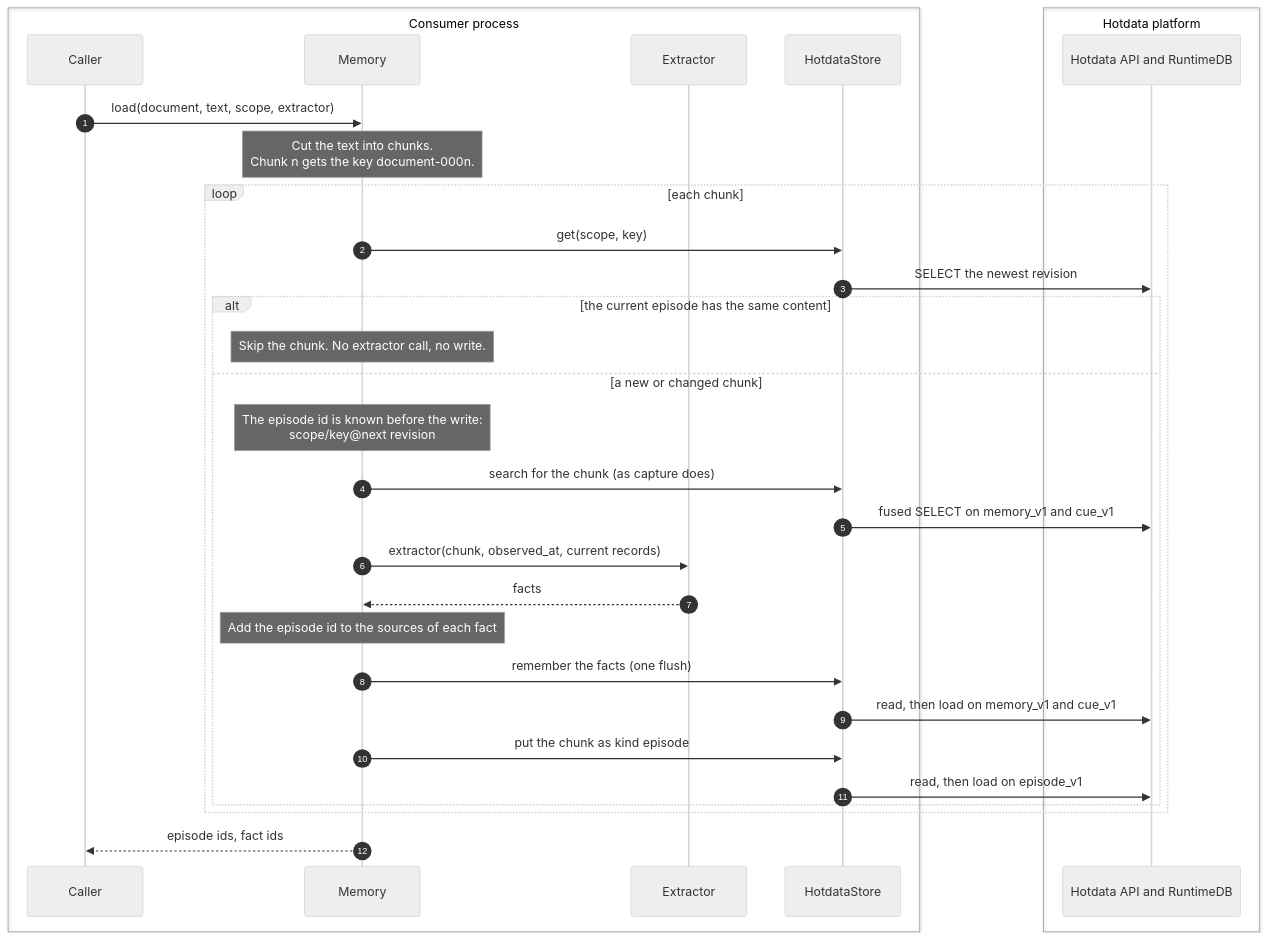
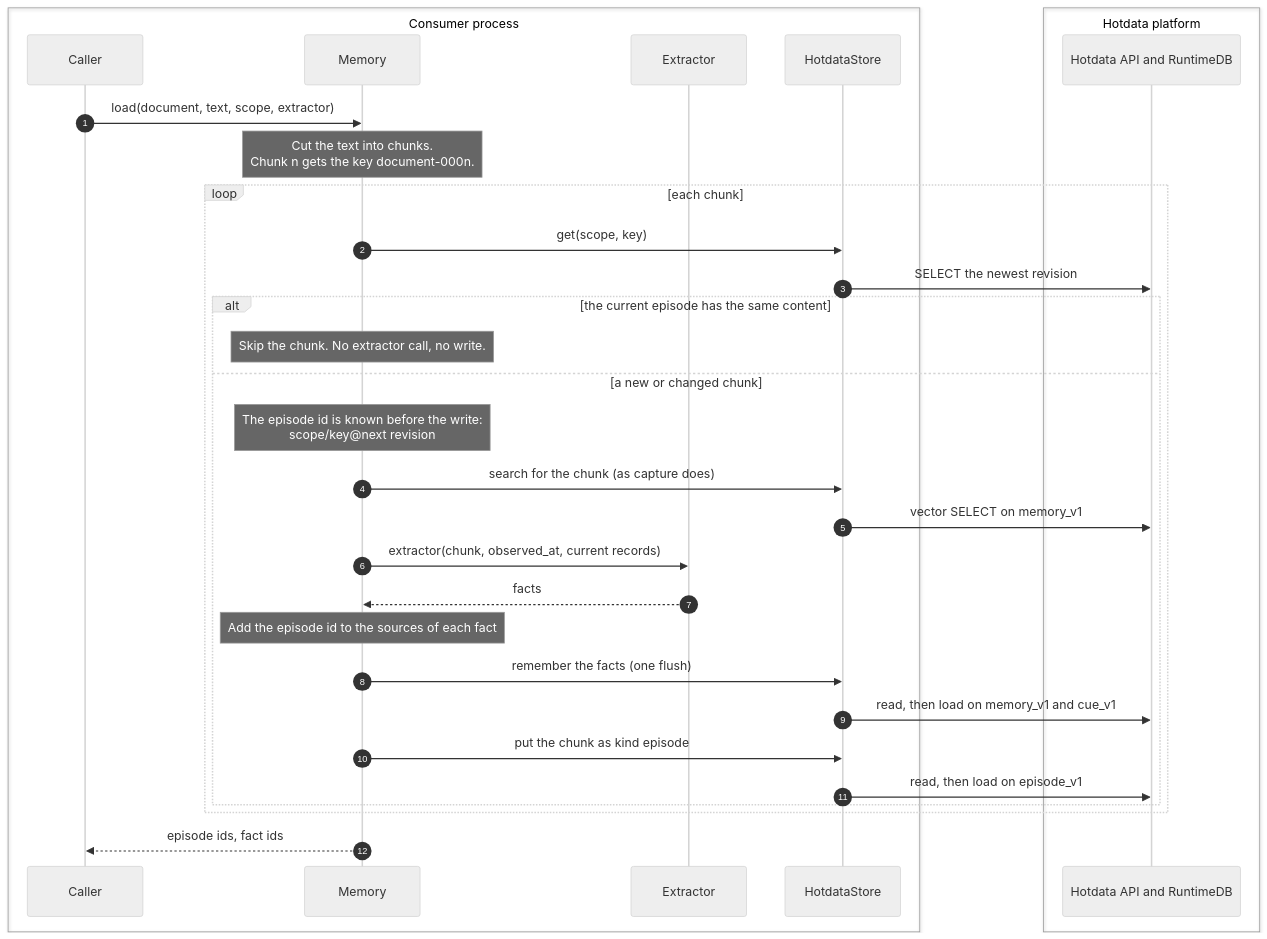
One commit to hotdata-dev/hotmemory changed diagram 11 of 12 in docs/internal/architecture.md. Above: the diagram before and after it, drawn with Mermaid (neutral theme). The commit also changed other lines of this file and 24 other files, not shown here.

````diff
--- a/docs/internal/architecture.md
+++ b/docs/internal/architecture.md
@@ -573,34 +583,34 @@
 ```mermaid
 sequenceDiagram
     autonumber
     box Consumer process
         participant C as Caller
         participant M as Memory
         participant X as Extractor
         participant H as HotdataStore
     end
     box Hotdata platform
         participant API as Hotdata API and RuntimeDB
     end
     C->>M: load(document, text, scope, extractor)
     Note over M: Cut the text into chunks.<br/>Chunk n gets the key document-000n.
     loop each chunk
         M->>H: get(scope, key)
         H->>API: SELECT the newest revision
         alt the current episode has the same content
             Note over M: Skip the chunk. No extractor call, no write.
         else a new or changed chunk
             Note over M: The episode id is known before the write:<br/>scope/key@next revision
             M->>H: search for the chunk (as capture does)
-            H->>API: fused SELECT on memory_v1 and cue_v1
+            H->>API: vector SELECT on memory_v1
             M->>X: extractor(chunk, observed_at, current records)
             X-->>M: facts
             Note over M: Add the episode id to the sources of each fact
             M->>H: remember the facts (one flush)
             H->>API: read, then load on memory_v1 and cue_v1
             M->>H: put the chunk as kind episode
             H->>API: read, then load on episode_v1
         end
     end
     M-->>C: episode ids, fact ids
 ```
````
